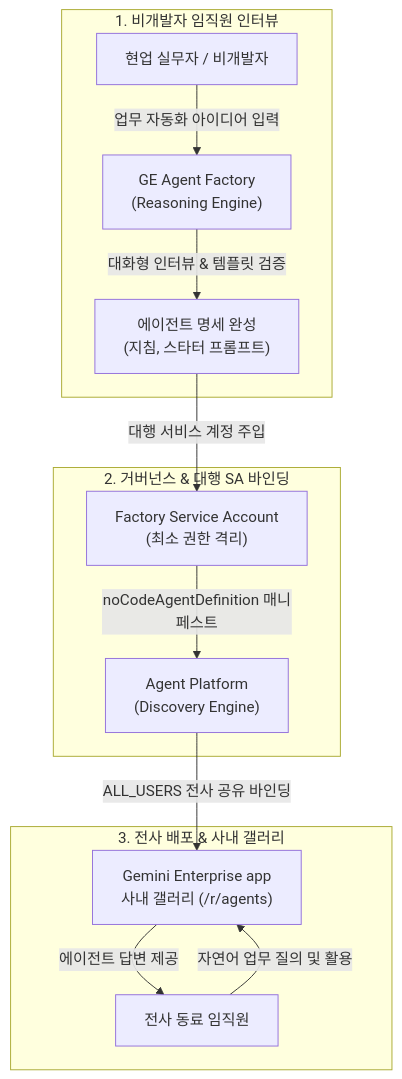
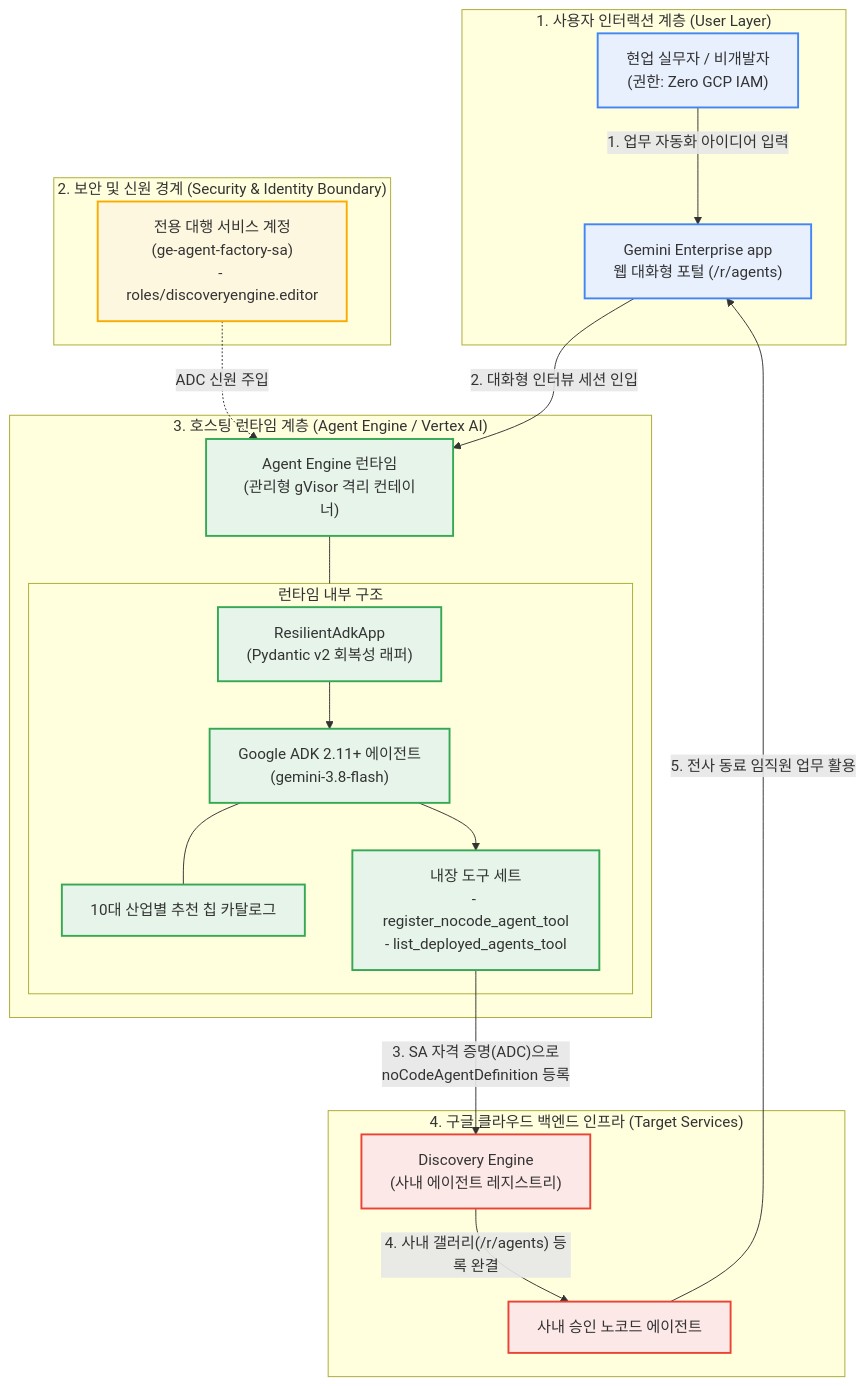
One commit to jiangjun-forge/google-cloud-0-to-1 changed the diagram in samples/gemini-enterprise-copilot-agent/README.md. Above: the diagram before and after it, drawn with Mermaid. The commit also changed other lines of this file and 4 other files, not shown here.

Commit message:
Update solution diagrams

````diff
--- a/samples/gemini-enterprise-copilot-agent/README.md
+++ b/samples/gemini-enterprise-copilot-agent/README.md
@@ -87,18 +87,43 @@
 ```mermaid
 flowchart TB
-    subgraph UserPhase["1. 비개발자 임직원 인터뷰"]
-        User["현업 실무자 / 비개발자"] -->|"업무 자동화 아이디어 입력"| Factory["GE Agent Factory<br/>(Reasoning Engine)"]
-        Factory -->|"대화형 인터뷰 & 템플릿 검증"| Spec["에이전트 명세 완성<br/>(지침, 스타터 프롬프트)"]
+    subgraph Client["1. 사용자 인터랙션 계층 (User Layer)"]
+        User["현업 실무자 / 비개발자<br/>(권한: Zero GCP IAM)"] -->|"1. 업무 자동화 아이디어 입력"| GEApp["Gemini Enterprise app<br/>웹 대화형 포털 (/r/agents)"]
     end
 
-    subgraph Governance["2. 거버넌스 & 대행 SA 바인딩"]
-        Spec -->|"대행 서비스 계정 주입"| SA["Factory Service Account<br/>(최소 권한 격리)"]
-        SA -->|"noCodeAgentDefinition 매니페스트"| Engine["Agent Platform<br/>(Discovery Engine)"]
+    subgraph Security["2. 보안 및 신원 경계 (Security & Identity Boundary)"]
+        SA["전용 대행 서비스 계정<br/>(ge-agent-factory-sa)<br/>- roles/discoveryengine.editor"]
     end
 
-    subgraph Distribution["3. 전사 배포 & 사내 갤러리"]
-        Engine -->|"ALL_USERS 전사 공유 바인딩"| Gallery["Gemini Enterprise app<br/>사내 갤러리 (/r/agents)"]
-        CorpUsers["전사 동료 임직원"] -->|"자연어 업무 질의 및 활용"| Gallery
-        Gallery -->|"에이전트 답변 제공"| CorpUsers
+    subgraph Runtime["3. 호스팅 런타임 계층 (Agent Engine / Vertex AI)"]
+        GEApp -->|"2. 대화형 인터뷰 세션 인입"| Engine["Agent Engine 런타임<br/>(관리형 gVisor 격리 컨테이너)"]
+        
+        subgraph InsideEngine["런타임 내부 구조"]
+            Wrapper["ResilientAdkApp<br/>(Pydantic v2 회복성 래퍼)"]
+            ADK["Google ADK 2.11+ 에이전트<br/>(gemini-3.8-flash)"]
+            Catalog["10대 산업별 추천 칩 카탈로그"]
+            Tools["내장 도구 세트<br/>- register_nocode_agent_tool<br/>- list_deployed_agents_tool"]
+            Wrapper --> ADK
+            ADK --- Catalog
+            ADK --> Tools
+        end
+        Engine --- InsideEngine
     end
+
+    subgraph Backend["4. 구글 클라우드 백엔드 인프라 (Target Services)"]
+        Tools -->|"3. SA 자격 증명(ADC)으로<br/>noCodeAgentDefinition 등록"| DiscEng["Discovery Engine<br/>(사내 에이전트 레지스트리)"]
+        DiscEng -->|"4. 사내 갤러리(/r/agents) 등록 완결"| Gallery["사내 승인 노코드 에이전트"]
+    end
+
+    SA -.->|"ADC 신원 주입"| Engine
+    Gallery -->|"5. 전사 동료 임직원 업무 활용"| GEApp
+
+    classDef portal fill:#e8f0fe,stroke:#4285f4,stroke-width:2px;
+    classDef security fill:#fef7e0,stroke:#f9ab00,stroke-width:2px;
+    classDef runtime fill:#e6f4ea,stroke:#34a853,stroke-width:2px;
+    classDef backend fill:#fce8e6,stroke:#ea4335,stroke-width:2px;
+
+    class User,GEApp portal;
+    class SA security;
+    class Engine,Wrapper,ADK,Catalog,Tools runtime;
+    class DiscEng,Gallery backend;
 ```
````
